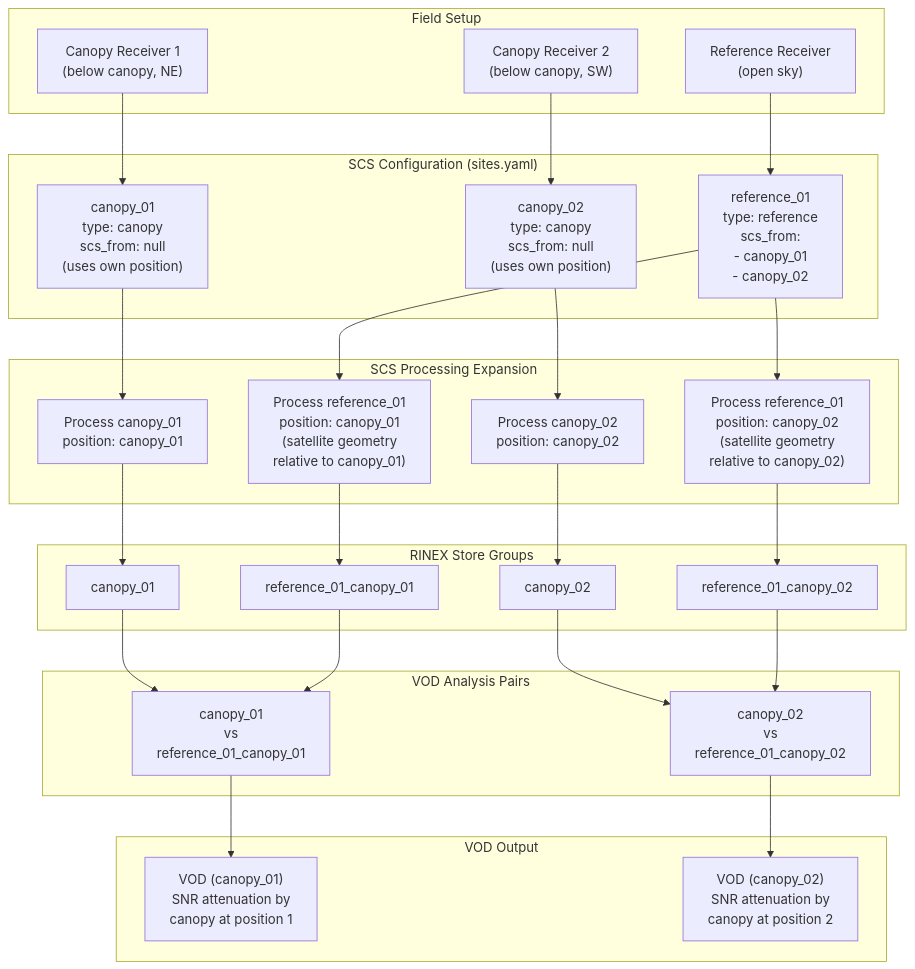
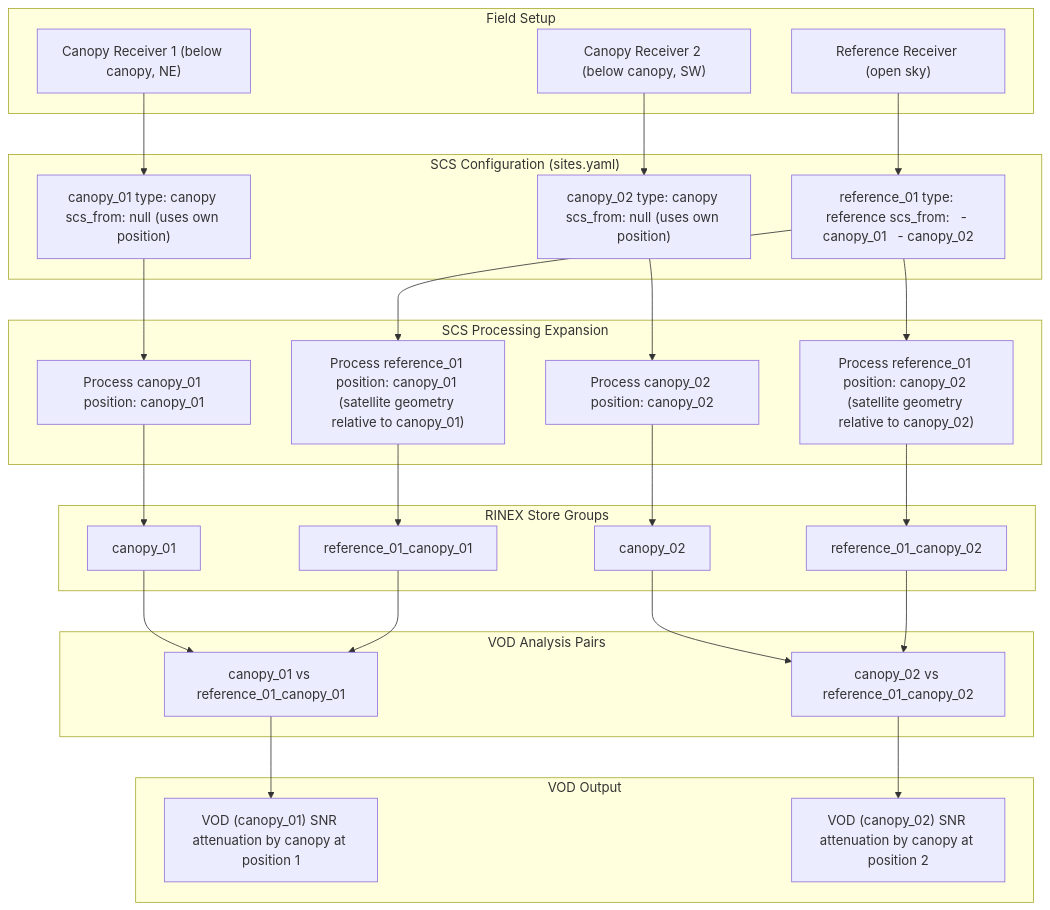
The diagram in docs/packages/vod/overview.md (mfkiwl/canvodpy), drawn with Mermaid before and after one commit. The commit also changed 3 other files, not shown here.

Commit message:
docs: removed line break characters from mermais graphs

````diff
--- a/docs/packages/vod/overview.md
+++ b/docs/packages/vod/overview.md
@@ -20,60 +20,60 @@
 ```mermaid
 flowchart TD
     subgraph FIELD["Field Setup"]
-        C1["Canopy Receiver 1\n(below canopy, NE)"]
-        C2["Canopy Receiver 2\n(below canopy, SW)"]
-        R1["Reference Receiver\n(open sky)"]
+        C1["Canopy Receiver 1 (below canopy, NE)"]
+        C2["Canopy Receiver 2 (below canopy, SW)"]
+        R1["Reference Receiver (open sky)"]
     end
 
     subgraph SCS_CONFIG["SCS Configuration (sites.yaml)"]
-        C1_CFG["canopy_01\ntype: canopy\nscs_from: null\n(uses own position)"]
-        C2_CFG["canopy_02\ntype: canopy\nscs_from: null\n(uses own position)"]
-        R1_CFG["reference_01\ntype: reference\nscs_from:\n  - canopy_01\n  - canopy_02"]
+        C1_CFG["canopy_01 type: canopy scs_from: null (uses own position)"]
+        C2_CFG["canopy_02 type: canopy scs_from: null (uses own position)"]
+        R1_CFG["reference_01 type: reference scs_from:   - canopy_01   - canopy_02"]
     end
 
     subgraph EXPANSION["SCS Processing Expansion"]
-        C1_PROC["Process canopy_01\nposition: canopy_01"]
-        C2_PROC["Process canopy_02\nposition: canopy_02"]
-        R1_C1["Process reference_01\nposition: canopy_01\n(satellite geometry\nrelative to canopy_01)"]
-        R1_C2["Process reference_01\nposition: canopy_02\n(satellite geometry\nrelative to canopy_02)"]
+        C1_PROC["Process canopy_01 position: canopy_01"]
+        C2_PROC["Process canopy_02 position: canopy_02"]
+        R1_C1["Process reference_01 position: canopy_01 (satellite geometry relative to canopy_01)"]
+        R1_C2["Process reference_01 position: canopy_02 (satellite geometry relative to canopy_02)"]
     end
 
     subgraph STORE_GROUPS["RINEX Store Groups"]
         SG1["canopy_01"]
         SG2["canopy_02"]
         SG3["reference_01_canopy_01"]
         SG4["reference_01_canopy_02"]
     end
 
     subgraph VOD_PAIRS["VOD Analysis Pairs"]
-        VP1["canopy_01\nvs\nreference_01_canopy_01"]
-        VP2["canopy_02\nvs\nreference_01_canopy_02"]
+        VP1["canopy_01 vs reference_01_canopy_01"]
+        VP2["canopy_02 vs reference_01_canopy_02"]
     end
 
     subgraph VOD_OUT["VOD Output"]
-        V1["VOD (canopy_01)\nSNR attenuation by\ncanopy at position 1"]
-        V2["VOD (canopy_02)\nSNR attenuation by\ncanopy at position 2"]
+        V1["VOD (canopy_01) SNR attenuation by canopy at position 1"]
+        V2["VOD (canopy_02) SNR attenuation by canopy at position 2"]
     end
 
     C1 --> C1_CFG
     C2 --> C2_CFG
     R1 --> R1_CFG
 
     C1_CFG --> C1_PROC
     C2_CFG --> C2_PROC
     R1_CFG --> R1_C1
     R1_CFG --> R1_C2
 
     C1_PROC --> SG1
     C2_PROC --> SG2
     R1_C1 --> SG3
     R1_C2 --> SG4
 
     SG1 --> VP1
     SG3 --> VP1
     SG2 --> VP2
     SG4 --> VP2
 
     VP1 --> V1
     VP2 --> V2
 ```
````
